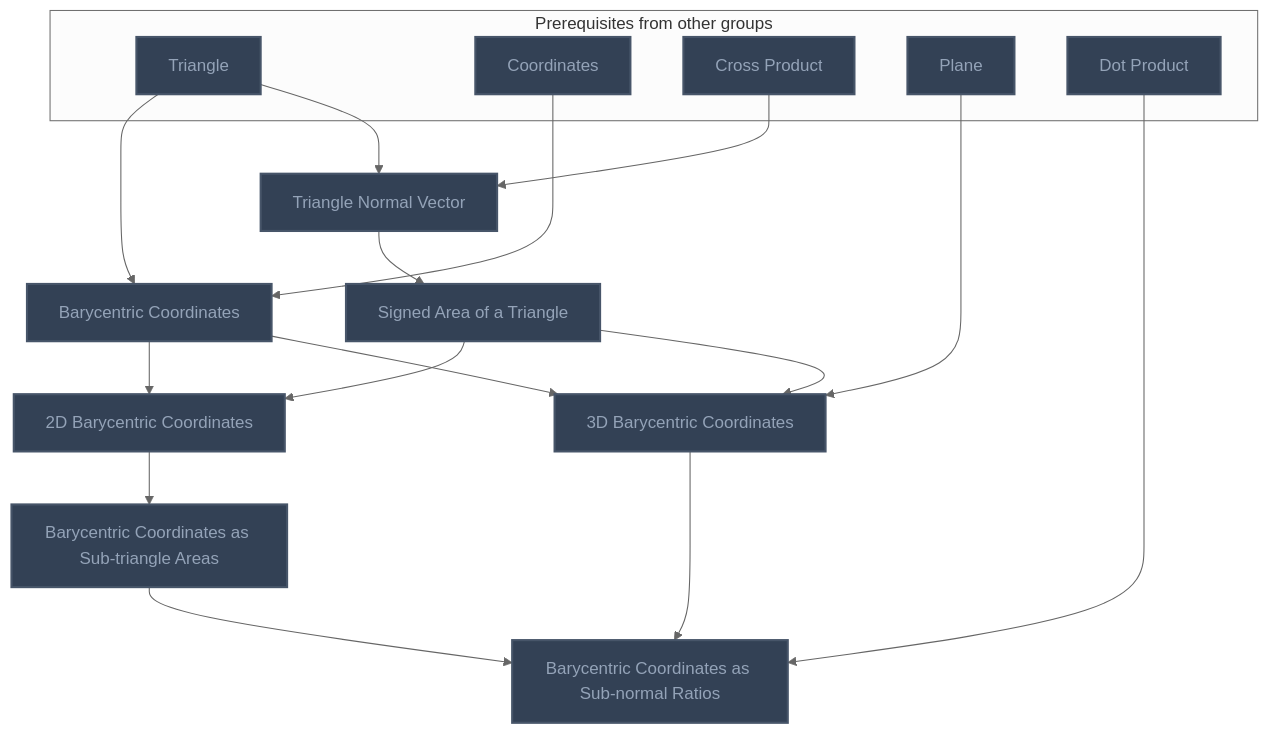
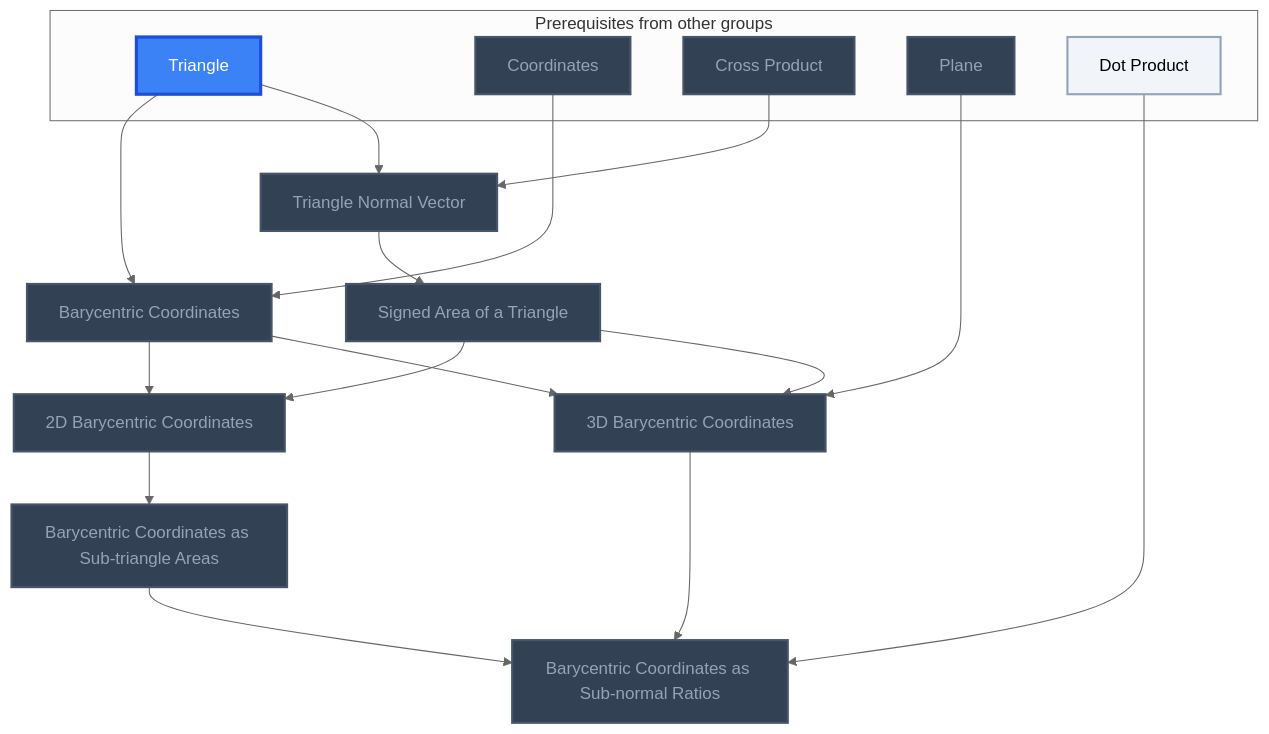
One commit to MRauf1/My-Notes changed the first of 7 diagrams in Gamification/Skill Trees/Computer Graphics.md. Above: the diagram before and after it, drawn with Mermaid (neutral theme). The commit also changed other lines of this file and 156 other files, not shown here.

````diff
--- a/Gamification/Skill Trees/Computer Graphics.md
+++ b/Gamification/Skill Trees/Computer Graphics.md
@@ -14,42 +14,44 @@
 ```mermaid
 flowchart TD
     classDef planned fill:#1E293B,stroke:#64748B,stroke-width:2px,stroke-dasharray:5 5,color:#94A3B8;
     classDef locked fill:#334155,stroke:#475569,stroke-width:2px,color:#94A3B8;
     classDef L0 fill:#F1F5F9,stroke:#94A3B8,stroke-width:2px,color:#000000;
     classDef L1 fill:#22C55E,stroke:#15803D,stroke-width:2px,color:#000000;
     classDef L2 fill:#3B82F6,stroke:#1D4ED8,stroke-width:3px,color:#FFFFFF;
     classDef L3 fill:#A855F7,stroke:#6B21A8,stroke-width:3px,color:#FFFFFF,font-weight:bold;
     classDef L4 fill:#F97316,stroke:#C2410C,stroke-width:4px,color:#000000,font-weight:bold;
     classDef L5 fill:#FFD700,stroke:#FF8C00,stroke-width:5px,color:#000000,font-weight:bold;
     classDef rusty stroke:#8B4513,stroke-width:4px,stroke-dasharray:3 3;
     subgraph sg_prereqs["Prerequisites from other groups"]
         n_triangle["Triangle"]
         n_coordinates["Coordinates"]
         n_cross_product["Cross Product"]
         n_plane["Plane"]
         n_dot_product["Dot Product"]
     end
     n_barycentric_coordinates["Barycentric Coordinates"]
     n_triangle_normal_vector["Triangle Normal Vector"]
     n_signed_area_of_a_triangle["Signed Area of a Triangle"]
     n_2d_barycentric_coordinates["2D Barycentric Coordinates"]
     n_barycentric_coordinates_as_sub_triangle_areas["Barycentric Coordinates as Sub-triangle Areas"]
     n_3d_barycentric_coordinates["3D Barycentric Coordinates"]
     n_barycentric_coordinates_as_sub_normal_ratios["Barycentric Coordinates as Sub-normal Ratios"]
     n_triangle --> n_barycentric_coordinates
     n_coordinates --> n_barycentric_coordinates
     n_triangle --> n_triangle_normal_vector
     n_cross_product --> n_triangle_normal_vector
     n_triangle_normal_vector --> n_signed_area_of_a_triangle
     n_barycentric_coordinates --> n_2d_barycentric_coordinates
     n_signed_area_of_a_triangle --> n_2d_barycentric_coordinates
     n_2d_barycentric_coordinates --> n_barycentric_coordinates_as_sub_triangle_areas
     n_plane --> n_3d_barycentric_coordinates
     n_barycentric_coordinates --> n_3d_barycentric_coordinates
     n_signed_area_of_a_triangle --> n_3d_barycentric_coordinates
     n_dot_product --> n_barycentric_coordinates_as_sub_normal_ratios
     n_barycentric_coordinates_as_sub_triangle_areas --> n_barycentric_coordinates_as_sub_normal_ratios
     n_3d_barycentric_coordinates --> n_barycentric_coordinates_as_sub_normal_ratios
-    class n_triangle,n_coordinates,n_cross_product,n_plane,n_dot_product,n_barycentric_coordinates,n_triangle_normal_vector,n_signed_area_of_a_triangle,n_2d_barycentric_coordinates,n_barycentric_coordinates_as_sub_triangle_areas,n_3d_barycentric_coordinates,n_barycentric_coordinates_as_sub_normal_ratios locked;
+    class n_coordinates,n_cross_product,n_plane,n_barycentric_coordinates,n_triangle_normal_vector,n_signed_area_of_a_triangle,n_2d_barycentric_coordinates,n_barycentric_coordinates_as_sub_triangle_areas,n_3d_barycentric_coordinates,n_barycentric_coordinates_as_sub_normal_ratios locked;
+    class n_dot_product L0;
+    class n_triangle L2;
     class n_triangle,n_coordinates,n_cross_product,n_plane,n_dot_product,n_barycentric_coordinates,n_triangle_normal_vector,n_signed_area_of_a_triangle,n_2d_barycentric_coordinates,n_barycentric_coordinates_as_sub_triangle_areas,n_3d_barycentric_coordinates,n_barycentric_coordinates_as_sub_normal_ratios internal-link;
 ```
````
